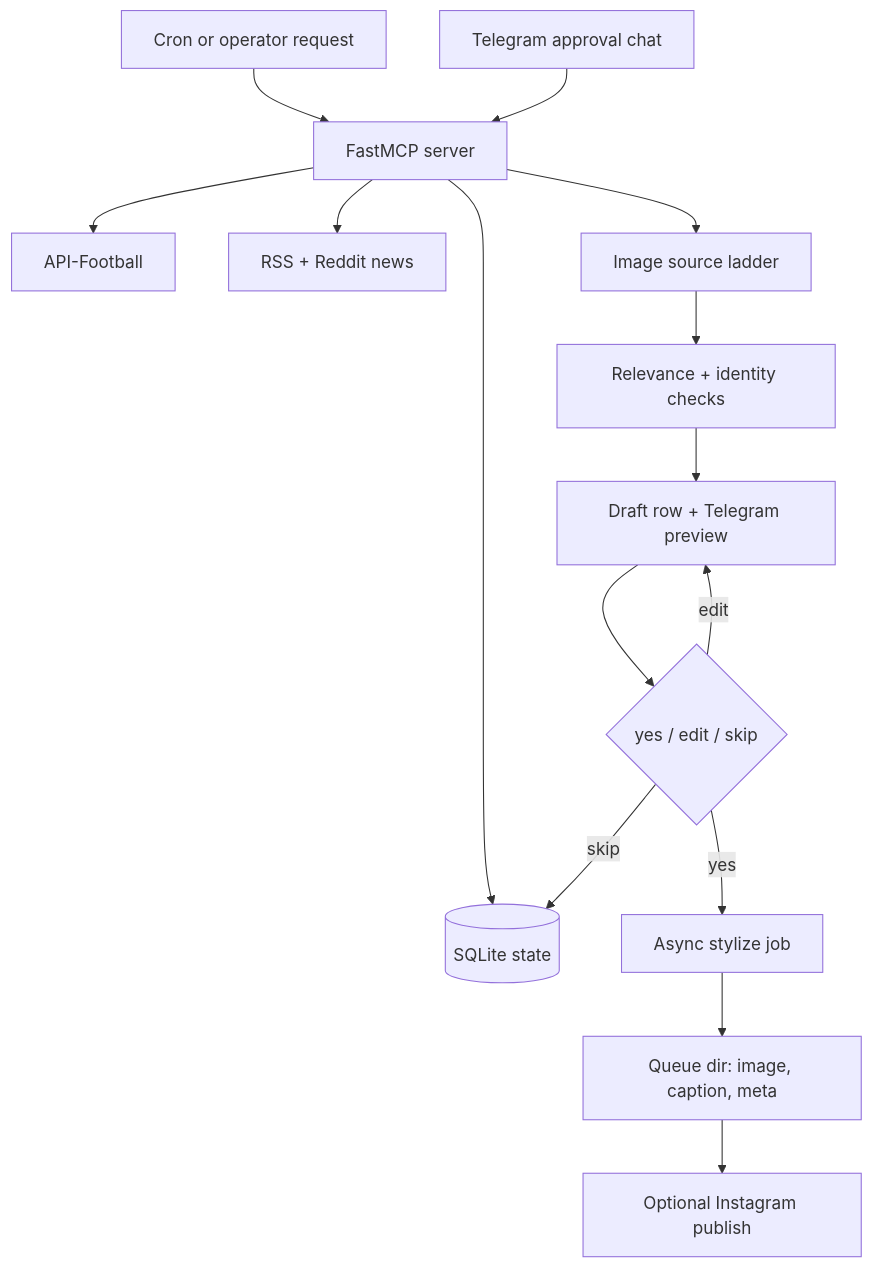
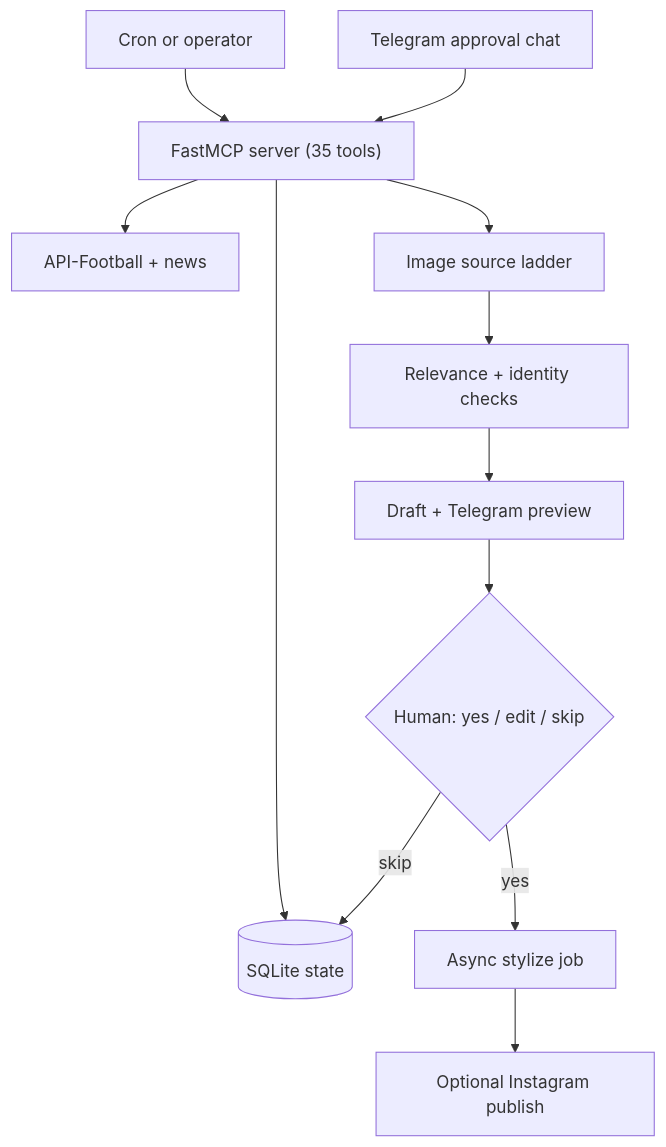
The diagram in README.md (mirasolutions06/football-content-agent), drawn with Mermaid before and after one commit. The commit also changed other lines of this file and 2 other files, not shown here.

````diff
--- a/README.md
+++ b/README.md
@@ -33,17 +48,14 @@
 ```mermaid
 flowchart TD
-    Cron["Cron or operator request"] --> MCP["FastMCP server"]
+    Cron["Cron or operator"] --> MCP["FastMCP server (35 tools)"]
     Telegram["Telegram approval chat"] --> MCP
-    MCP --> Football["API-Football"]
-    MCP --> RSS["RSS + Reddit news"]
+    MCP --> Football["API-Football + news"]
     MCP --> DB[("SQLite state")]
     MCP --> Images["Image source ladder"]
     Images --> Vision["Relevance + identity checks"]
-    Vision --> Draft["Draft row + Telegram preview"]
-    Draft --> Approval{"yes / edit / skip"}
+    Vision --> Draft["Draft + Telegram preview"]
+    Draft --> Approval{"Human: yes / edit / skip"}
     Approval -->|yes| Job["Async stylize job"]
-    Approval -->|edit| Draft
     Approval -->|skip| DB
-    Job --> Queue["Queue dir: image, caption, meta"]
-    Queue --> Publish["Optional Instagram publish"]
+    Job --> Publish["Optional Instagram publish"]
 ```
````
